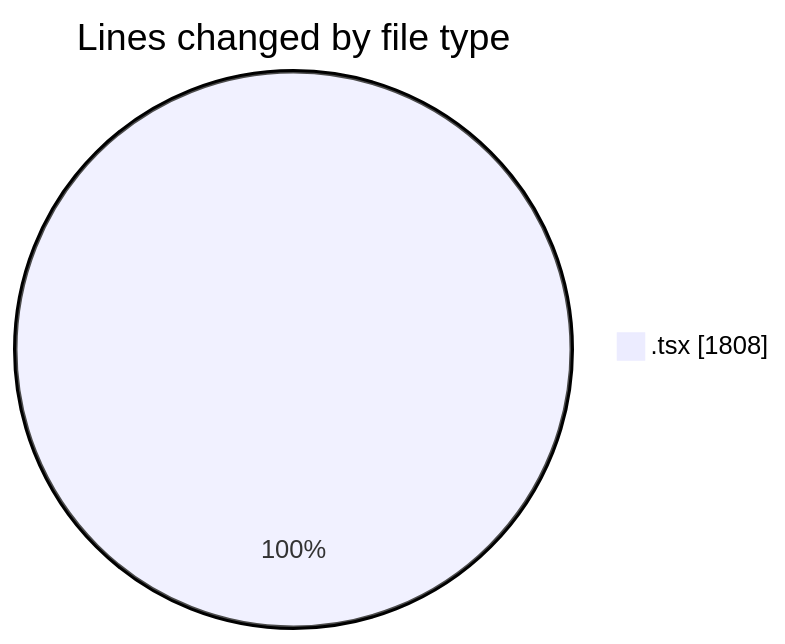
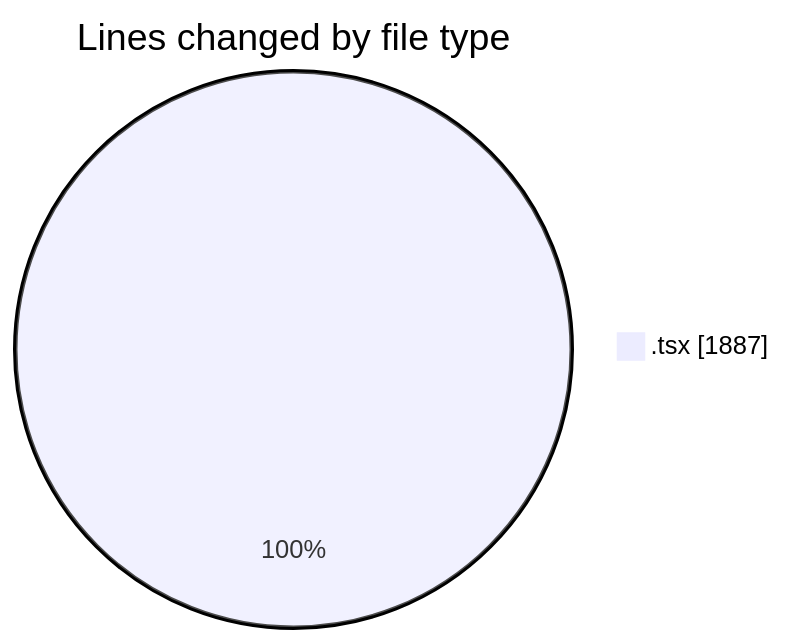
Before and after one commit to JenPaints/code-tracking: the first of 2 diagrams in 2025-05-28/kimberly-groups/README.md, drawn with Mermaid. The commit also changed other lines of this file and 1 other file, not shown here.

````diff
--- a/2025-05-28/kimberly-groups/README.md
+++ b/2025-05-28/kimberly-groups/README.md
@@ -27,5 +28,5 @@
 ```mermaid
 pie showData
 title Lines changed by file type
-".tsx" : 1808
+".tsx" : 1887
 ```
````
